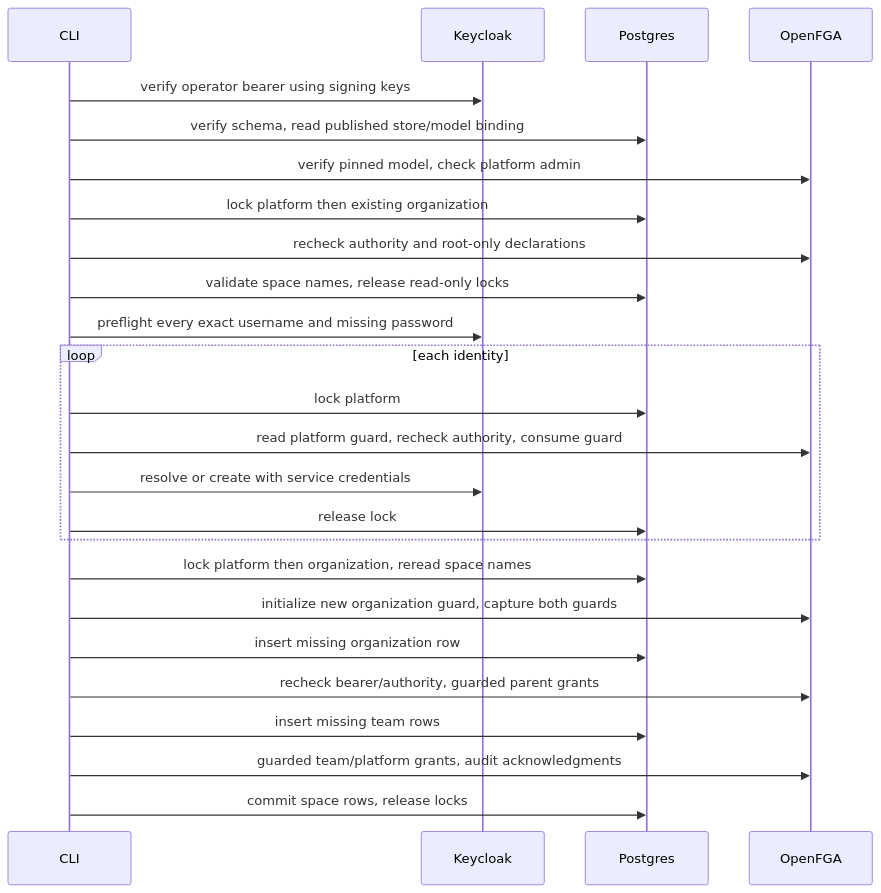
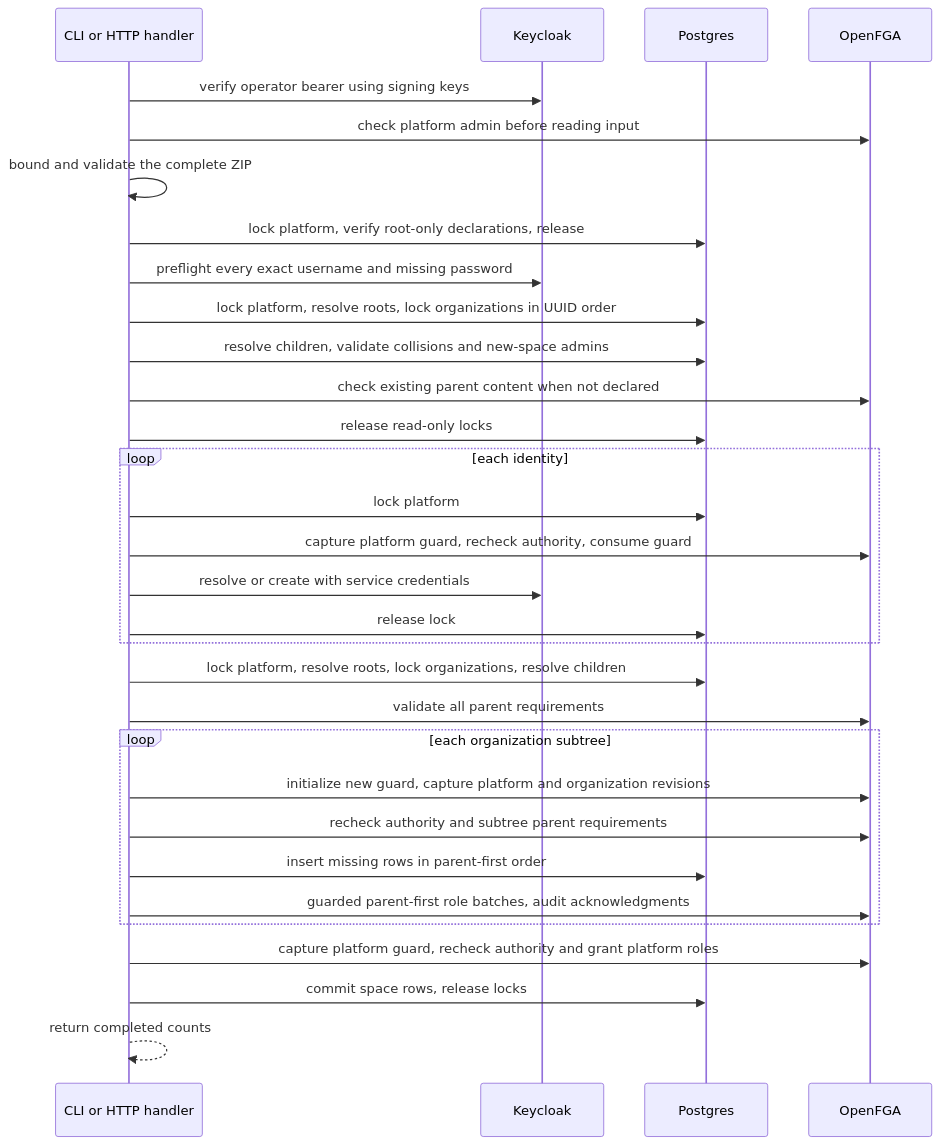
Before and after one commit to ThalesGroup/fred: the seventh of 7 diagrams in docs/architecture/04-runtime.md, drawn with Mermaid. The commit also changed other lines of this file and 30 other files, not shown here.

Commit message:
feat(#3092): import hierarchical provisioning ZIPs over HTTP and CLI

````diff
--- a/docs/architecture/04-runtime.md
+++ b/docs/architecture/04-runtime.md
@@ -217,27 +221,33 @@
 ```mermaid
 sequenceDiagram
-    participant C as CLI
+    participant C as CLI or HTTP handler
     participant KC as Keycloak
     participant PG as Postgres
     participant FGA as OpenFGA
     C->>KC: verify operator bearer using signing keys
-    C->>PG: verify schema, read published store/model binding
-    C->>FGA: verify pinned model, check platform admin
-    C->>PG: lock platform then existing organization
-    C->>FGA: recheck authority and root-only declarations
-    C->>PG: validate space names, release read-only locks
+    C->>FGA: check platform admin before reading input
+    C->>C: bound and validate the complete ZIP
+    C->>PG: lock platform, verify root-only declarations, release
     C->>KC: preflight every exact username and missing password
+    C->>PG: lock platform, resolve roots, lock organizations in UUID order
+    C->>PG: resolve children, validate collisions and new-space admins
+    C->>FGA: check existing parent content when not declared
+    C->>PG: release read-only locks
     loop each identity
         C->>PG: lock platform
-        C->>FGA: read platform guard, recheck authority, consume guard
+        C->>FGA: capture platform guard, recheck authority, consume guard
         C->>KC: resolve or create with service credentials
         C->>PG: release lock
     end
-    C->>PG: lock platform then organization, reread space names
-    C->>FGA: initialize new organization guard, capture both guards
-    C->>PG: insert missing organization row
-    C->>FGA: recheck bearer/authority, guarded parent grants
-    C->>PG: insert missing team rows
-    C->>FGA: guarded team/platform grants, audit acknowledgments
+    C->>PG: lock platform, resolve roots, lock organizations, resolve children
+    C->>FGA: validate all parent requirements
+    loop each organization subtree
+        C->>FGA: initialize new guard, capture platform and organization revisions
+        C->>FGA: recheck authority and subtree parent requirements
+        C->>PG: insert missing rows in parent-first order
+        C->>FGA: guarded parent-first role batches, audit acknowledgments
+    end
+    C->>FGA: capture platform guard, recheck authority and grant platform roles
     C->>PG: commit space rows, release locks
+    C-->>C: return completed counts
 ```
````
